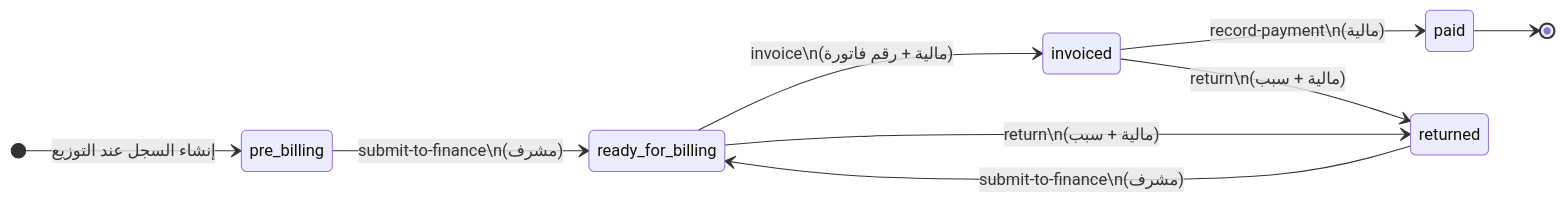
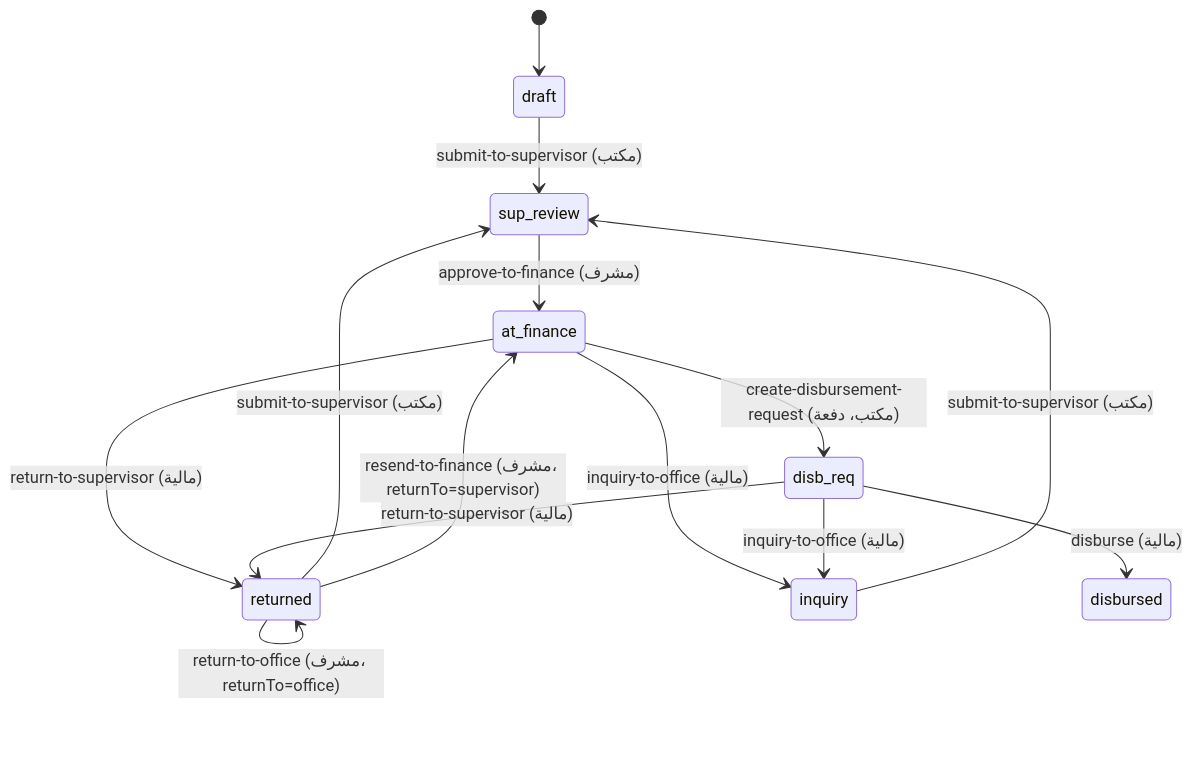
One commit to BuadDigital/case_srudy changed the diagram in docs/inspector-fees-billing-workflow.md. Above: the diagram before and after it, drawn with Mermaid. The commit also changed other lines of this file and 123 other files, not shown here.

First line of the commit message:
Implement disbursement-based party fees billing per HTML proposal.

````diff
--- a/docs/inspector-fees-billing-workflow.md
+++ b/docs/inspector-fees-billing-workflow.md
@@ -23,17 +16,16 @@
 ```mermaid
 stateDiagram-v2
-    direction LR
-
-    [*] --> pre_billing: إنشاء السجل عند التوزيع
-
-    pre_billing --> ready_for_billing: submit-to-finance\n(مشرف)
-    returned --> ready_for_billing: submit-to-finance\n(مشرف)
-
-    ready_for_billing --> invoiced: invoice\n(مالية + رقم فاتورة)
-    invoiced --> paid: record-payment\n(مالية)
-
-    ready_for_billing --> returned: return\n(مالية + سبب)
-    invoiced --> returned: return\n(مالية + سبب)
-
-    paid --> [*]
+    [*] --> draft
+    draft --> sup_review: submit-to-supervisor (مكتب)
+    returned --> sup_review: submit-to-supervisor (مكتب)
+    inquiry --> sup_review: submit-to-supervisor (مكتب)
+    sup_review --> at_finance: approve-to-finance (مشرف)
+    returned --> at_finance: resend-to-finance (مشرف، returnTo=supervisor)
+    at_finance --> disb_req: create-disbursement-request (مكتب، دفعة)
+    disb_req --> disbursed: disburse (مالية)
+    at_finance --> returned: return-to-supervisor (مالية)
+    disb_req --> returned: return-to-supervisor (مالية)
+    at_finance --> inquiry: inquiry-to-office (مالية)
+    disb_req --> inquiry: inquiry-to-office (مالية)
+    returned --> returned: return-to-office (مشرف، returnTo=office)
 ```
````
